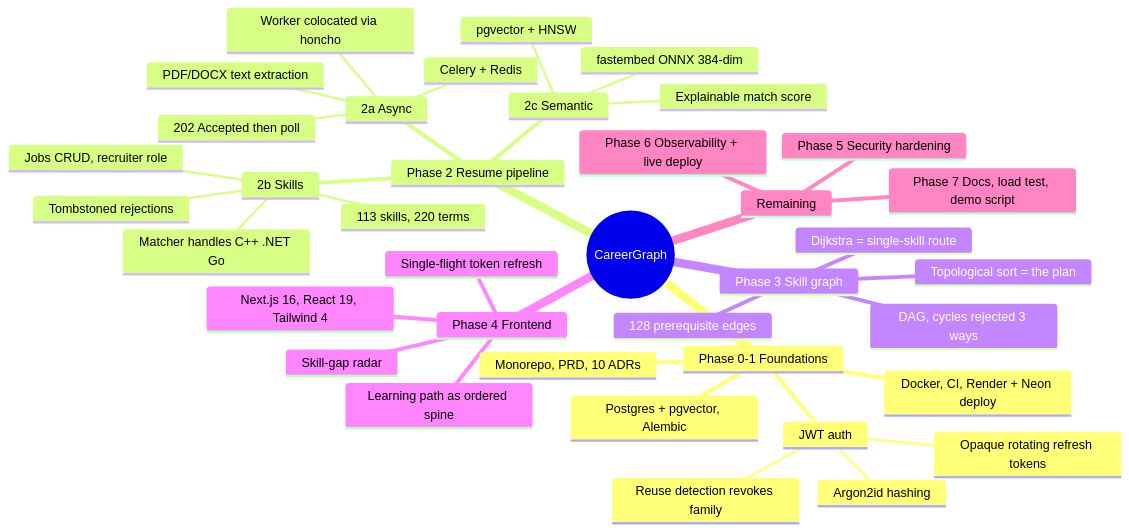
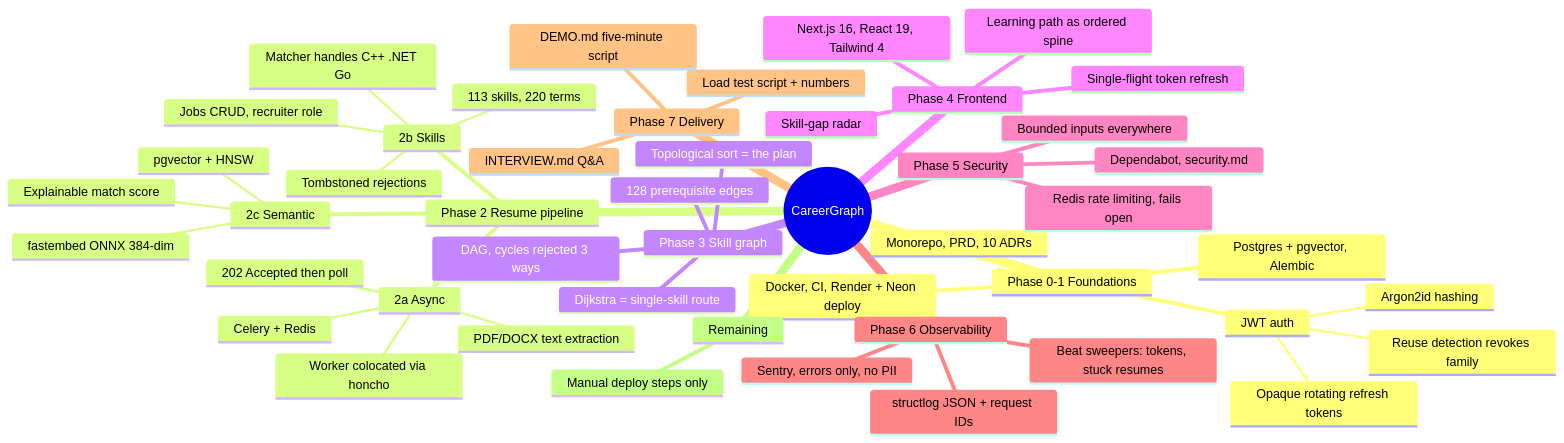
One commit to Mazharul75/careergraph changed the diagram in docs/PROJECT_STATE.md. Above: the diagram before and after it, drawn with Mermaid. The commit also changed other lines of this file and 5 other files, not shown here.

Commit message:
docs: load test script, demo script, interview prep, final roadmap

````diff
--- a/docs/PROJECT_STATE.md
+++ b/docs/PROJECT_STATE.md
@@ -14,41 +15,51 @@
 ```mermaid
 mindmap
   root((CareerGraph))
     Phase 0-1 Foundations
       Monorepo, PRD, 10 ADRs
       Postgres + pgvector, Alembic
       JWT auth
         Argon2id hashing
         Opaque rotating refresh tokens
         Reuse detection revokes family
       Docker, CI, Render + Neon deploy
     Phase 2 Resume pipeline
       2a Async
         Celery + Redis
         202 Accepted then poll
         PDF/DOCX text extraction
         Worker colocated via honcho
       2b Skills
         113 skills, 220 terms
         Matcher handles C++ .NET Go
         Tombstoned rejections
         Jobs CRUD, recruiter role
       2c Semantic
         fastembed ONNX 384-dim
         pgvector + HNSW
         Explainable match score
     Phase 3 Skill graph
       128 prerequisite edges
       DAG, cycles rejected 3 ways
       Topological sort = the plan
       Dijkstra = single-skill route
     Phase 4 Frontend
       Next.js 16, React 19, Tailwind 4
       Single-flight token refresh
       Skill-gap radar
       Learning path as ordered spine
+    Phase 5 Security
+      Redis rate limiting, fails open
+      Bounded inputs everywhere
+      Dependabot, security.md
+    Phase 6 Observability
+      structlog JSON + request IDs
+      Sentry, errors only, no PII
+      Beat sweepers: tokens, stuck resumes
+    Phase 7 Delivery
+      Load test script + numbers
+      DEMO.md five-minute script
+      INTERVIEW.md Q&A
     Remaining
-      Phase 5 Security hardening
-      Phase 6 Observability + live deploy
-      Phase 7 Docs, load test, demo script
+      Manual deploy steps only
 ```
````
